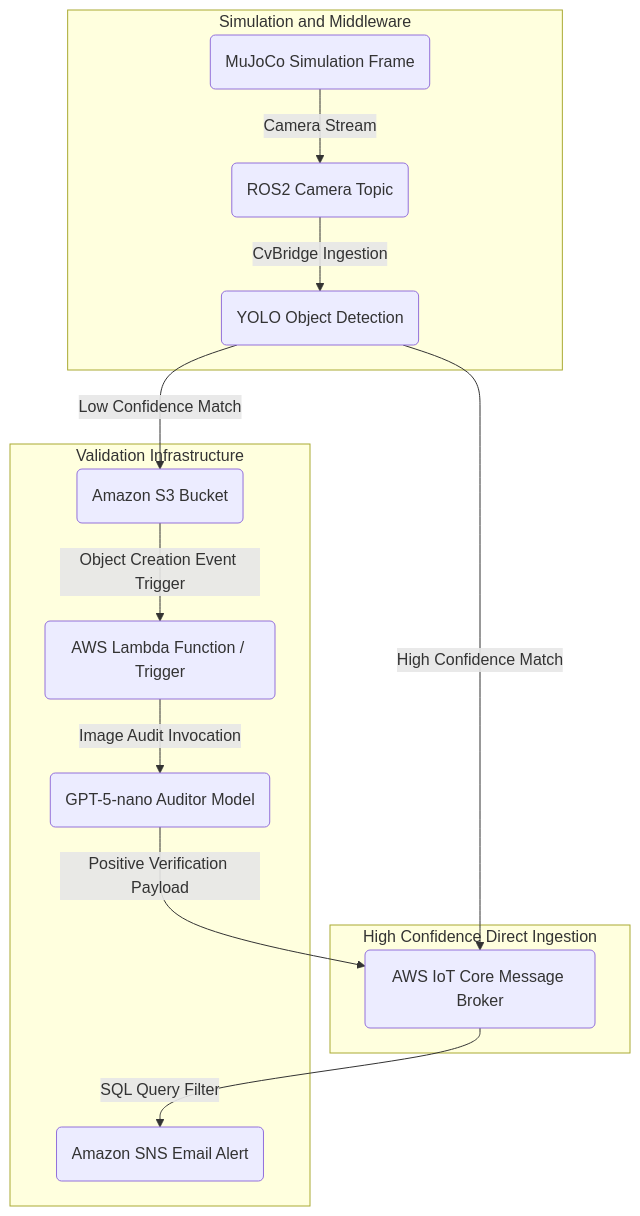
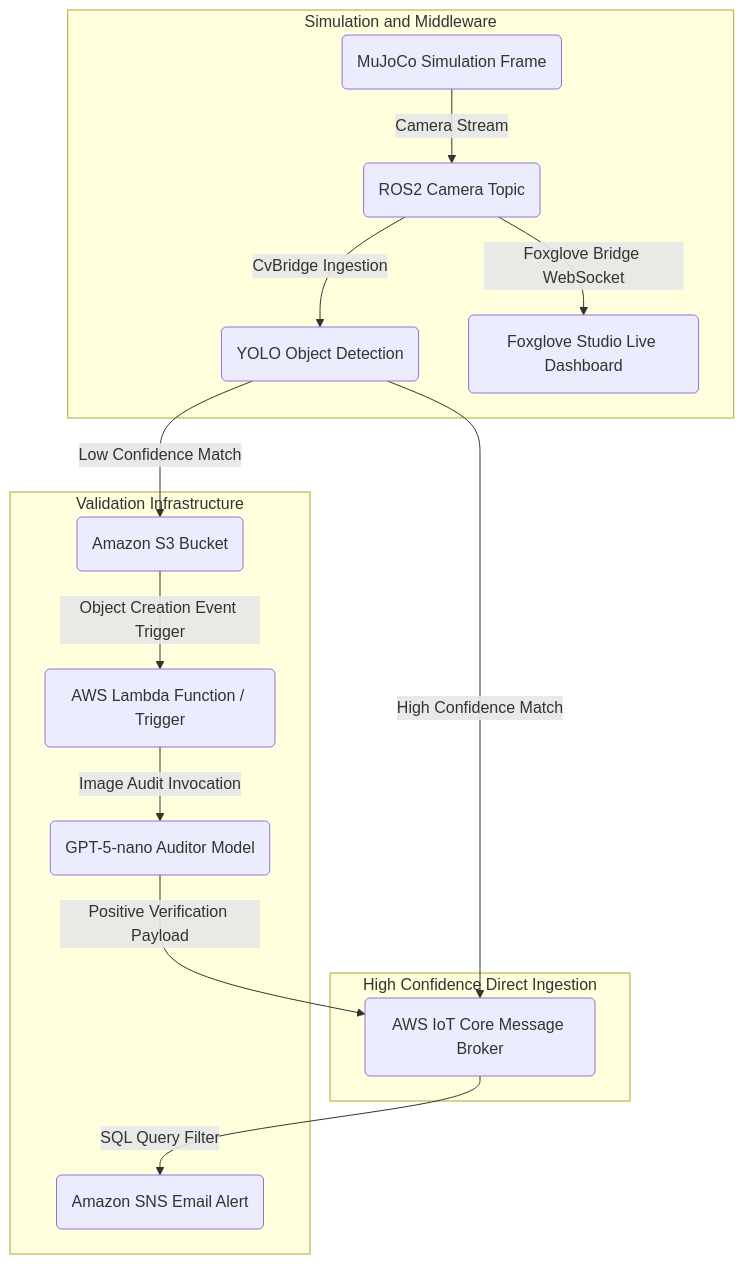
One commit to manuelftech/physical-ai-control changed the diagram in README.md. Above: the diagram before and after it, drawn with Mermaid. The commit also changed other lines of this file, not shown here.

````diff
--- a/README.md
+++ b/README.md
@@ -32,19 +33,20 @@
 ```mermaid
 graph TD
     subgraph Simulation and Middleware
         MUJOCO("MuJoCo Simulation Frame") --> |Camera Stream| ROS2("ROS2 Camera Topic")
         ROS2 --> |CvBridge Ingestion| YOLO("YOLO Object Detection")
+        ROS2 --> |Foxglove Bridge WebSocket| FOXGLOVE("Foxglove Studio Live Dashboard")
     end
 
     subgraph High Confidence Direct Ingestion
         YOLO --> |High Confidence Match| IOT("AWS IoT Core Message Broker")
     end
 
     subgraph Validation Infrastructure
         YOLO --> |Low Confidence Match| S3("Amazon S3 Bucket")
         S3 --> |Object Creation Event Trigger| LAMBDA("AWS Lambda Function / Trigger")
         LAMBDA --> |Image Audit Invocation| CHATGPT("GPT-5-nano Auditor Model")
         CHATGPT --> |Positive Verification Payload| IOT
         IOT --> |SQL Query Filter| SNS("Amazon SNS Email Alert")
     end
 ```
````
